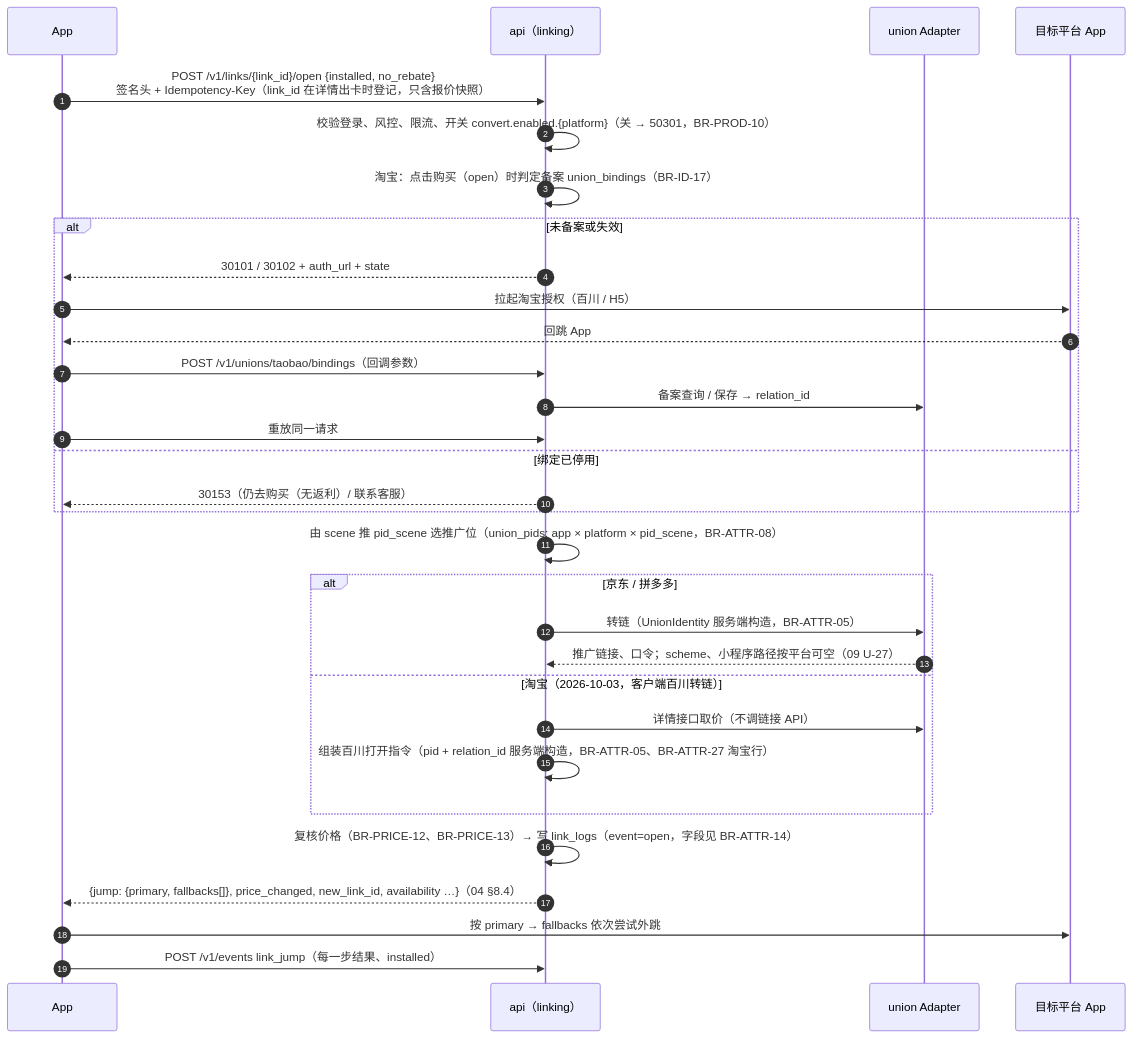
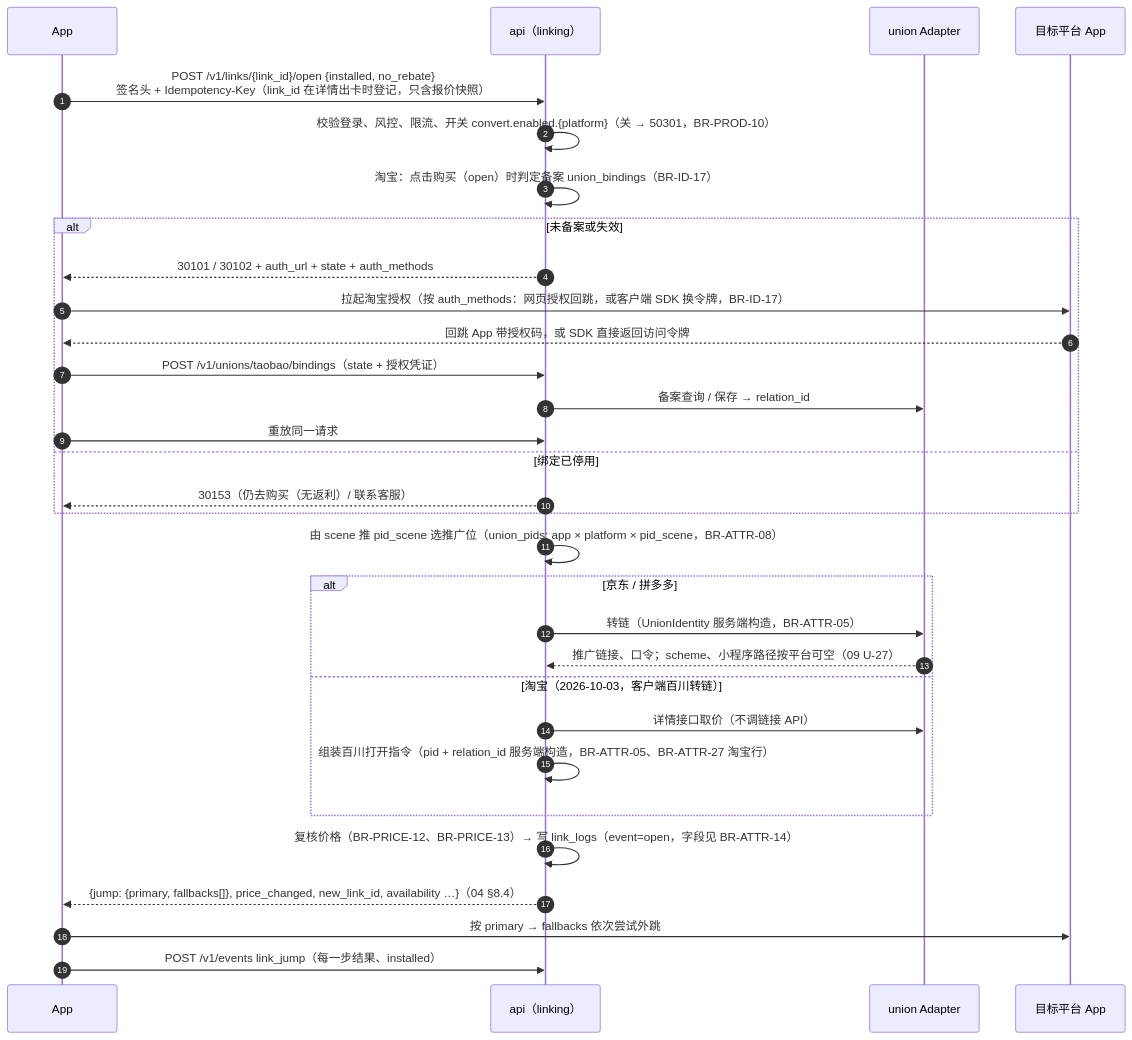
The second of 5 diagrams in 规划/02_系统架构.md (zora4523-bot/couli), drawn with Mermaid before and after one commit. The commit also changed other lines of this file and 11 other files, not shown here.

First line of the commit message:
docs: gap write-back batch 1 (WIP: G-01..G-08 rule text, contract shapes, requirements, architecture)

````diff
--- a/规划/02_系统架构.md
+++ b/规划/02_系统架构.md
@@ -256,33 +256,33 @@
 ```mermaid
 sequenceDiagram
   autonumber
   participant C as App
   participant A as api（linking）
   participant U as union Adapter
   participant P as 目标平台 App
   C->>A: POST /v1/links/{link_id}/open {installed, no_rebate}<br/>签名头 + Idempotency-Key（link_id 在详情出卡时登记，只含报价快照）
   A->>A: 校验登录、风控、限流、开关 convert.enabled.{platform}（关 → 50301，BR-PROD-10）
   A->>A: 淘宝：点击购买（open）时判定备案 union_bindings（BR-ID-17）
   alt 未备案或失效
-    A-->>C: 30101 / 30102 + auth_url + state
-    C->>P: 拉起淘宝授权（百川 / H5）
-    P-->>C: 回跳 App
-    C->>A: POST /v1/unions/taobao/bindings（回调参数）
+    A-->>C: 30101 / 30102 + auth_url + state + auth_methods
+    C->>P: 拉起淘宝授权（按 auth_methods：网页授权回跳，或客户端 SDK 换令牌，BR-ID-17）
+    P-->>C: 回跳 App 带授权码，或 SDK 直接返回访问令牌
+    C->>A: POST /v1/unions/taobao/bindings（state + 授权凭证）
     A->>U: 备案查询 / 保存 → relation_id
     C->>A: 重放同一请求
   else 绑定已停用
     A-->>C: 30153（仍去购买（无返利）/ 联系客服）
   end
   A->>A: 由 scene 推 pid_scene 选推广位（union_pids: app × platform × pid_scene，BR-ATTR-08）
   alt 京东 / 拼多多
     A->>U: 转链（UnionIdentity 服务端构造，BR-ATTR-05）
     U-->>A: 推广链接、口令；scheme、小程序路径按平台可空（09 U-27）
   else 淘宝（2026-10-03，客户端百川转链）
     A->>U: 详情接口取价（不调链接 API）
     A->>A: 组装百川打开指令（pid + relation_id 服务端构造，BR-ATTR-05、BR-ATTR-27 淘宝行）
   end
   A->>A: 复核价格（BR-PRICE-12、BR-PRICE-13）→ 写 link_logs（event=open，字段见 BR-ATTR-14）
   A-->>C: {jump: {primary, fallbacks[]}, price_changed, new_link_id, availability …}（04 §8.4）
   C->>P: 按 primary → fallbacks 依次尝试外跳
   C->>A: POST /v1/events link_jump（每一步结果、installed）
 ```
````
